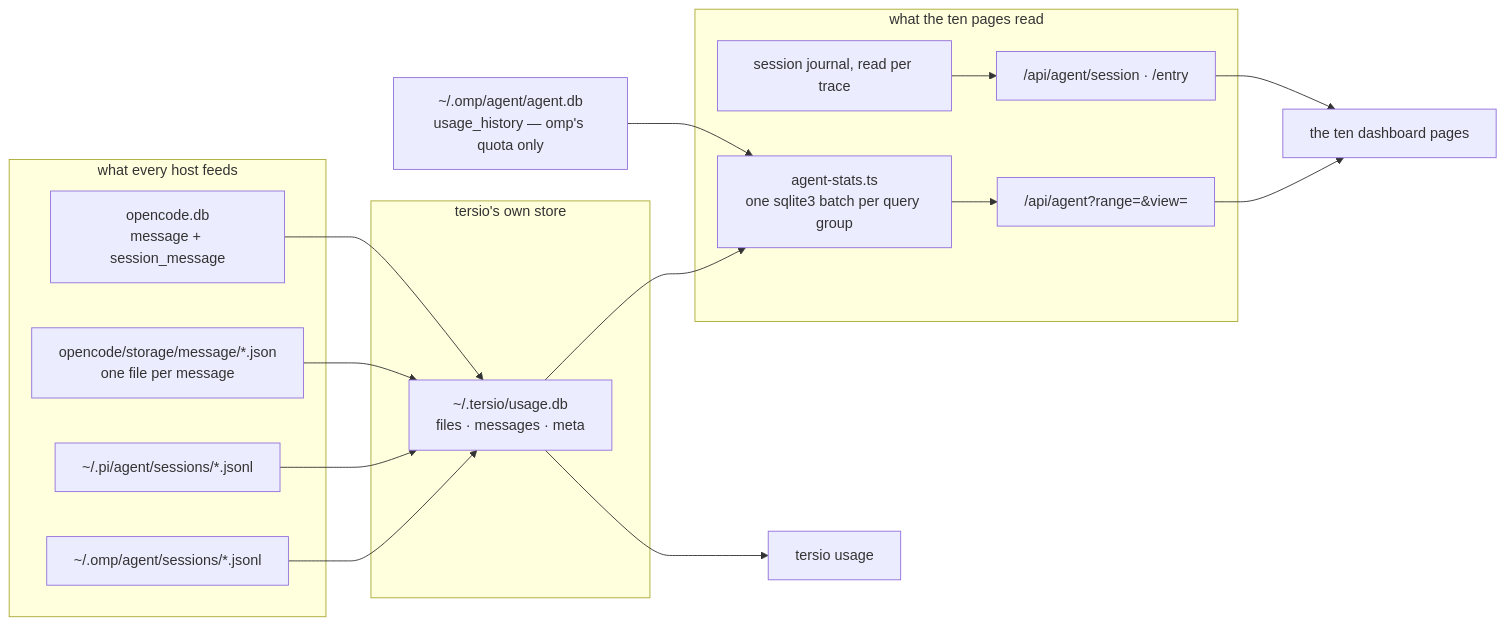
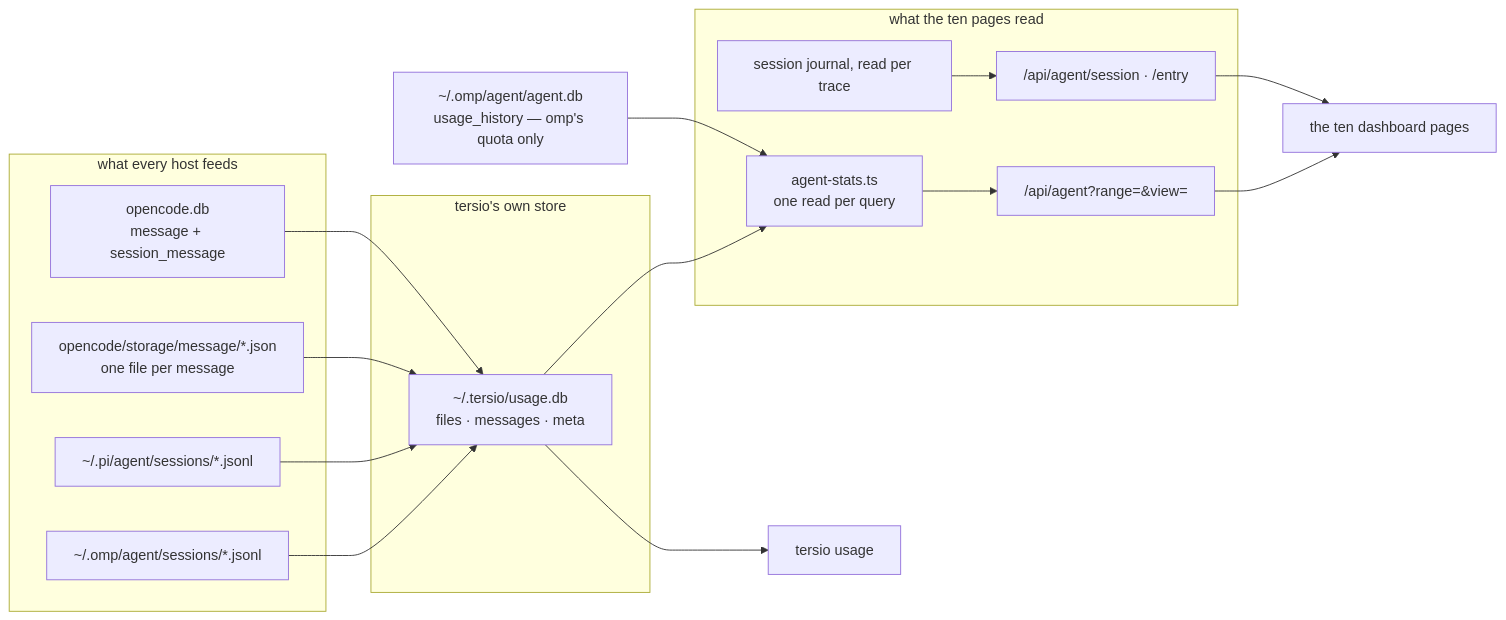
The third of 3 diagrams in docs/ARCHITECTURE.md (FrancoStino/tersio), drawn with Mermaid before and after one commit. The commit also changed other lines of this file and 16 other files, not shown here.

````diff
--- a/docs/ARCHITECTURE.md
+++ b/docs/ARCHITECTURE.md
@@ -62,27 +62,27 @@
 ```mermaid
 flowchart LR
   subgraph FEED["what every host feeds"]
     OMPJ["~/.omp/agent/sessions/*.jsonl"]
     PIJ["~/.pi/agent/sessions/*.jsonl"]
     OCJ["opencode/storage/message/*.json<br/>one file per message"]
     OCD["opencode.db<br/>message + session_message"]
   end
   subgraph STORE["tersio's own store"]
     UDB["~/.tersio/usage.db<br/>files · messages · meta"]
   end
   subgraph READ["what the ten pages read"]
-    ASTS["agent-stats.ts<br/>one sqlite3 batch per query group"]
+    ASTS["agent-stats.ts<br/>one read per query"]
     API["/api/agent?range=&view="]
     SESS["/api/agent/session · /entry"]
     JRN["session journal, read per trace"]
   end
   ADB["~/.omp/agent/agent.db<br/>usage_history — omp's quota only"]
   DASH["the ten dashboard pages"]
   CLI["tersio usage"]
 
   OMPJ & PIJ & OCJ & OCD --> UDB
   UDB --> ASTS --> API --> DASH
   UDB --> CLI
   JRN --> SESS --> DASH
   ADB --> ASTS
 ```
````
